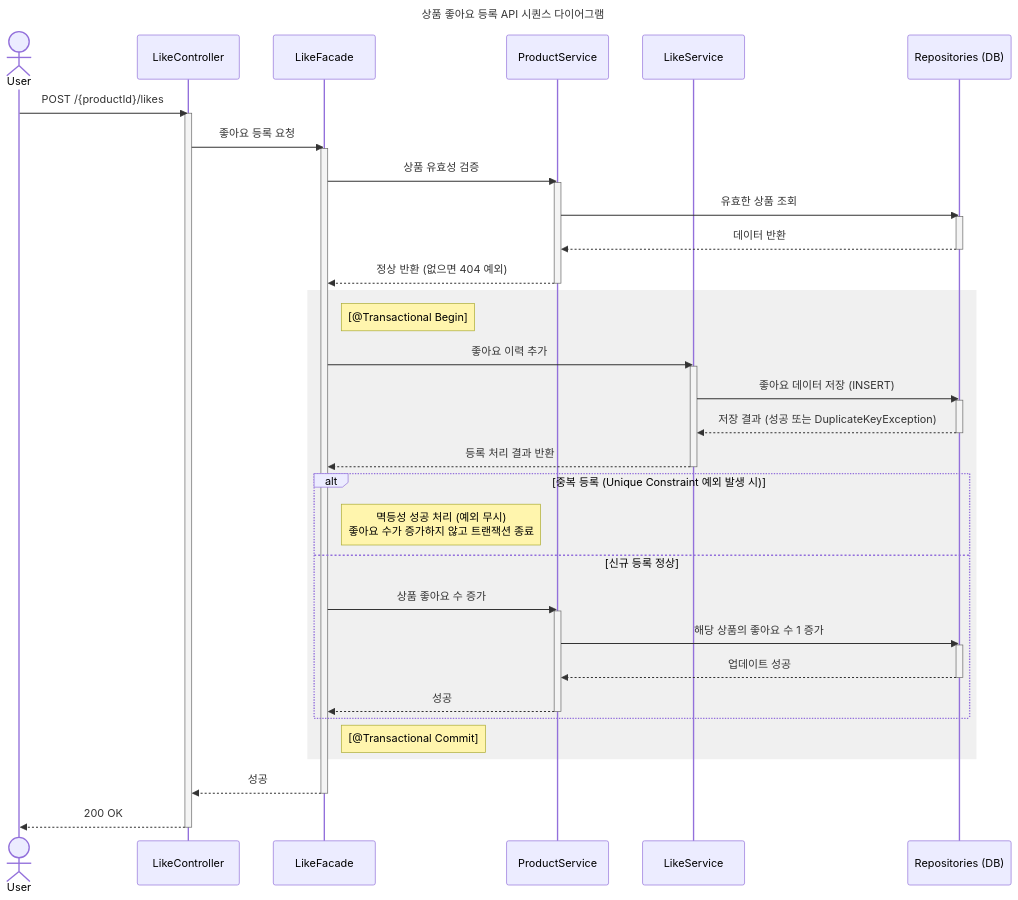
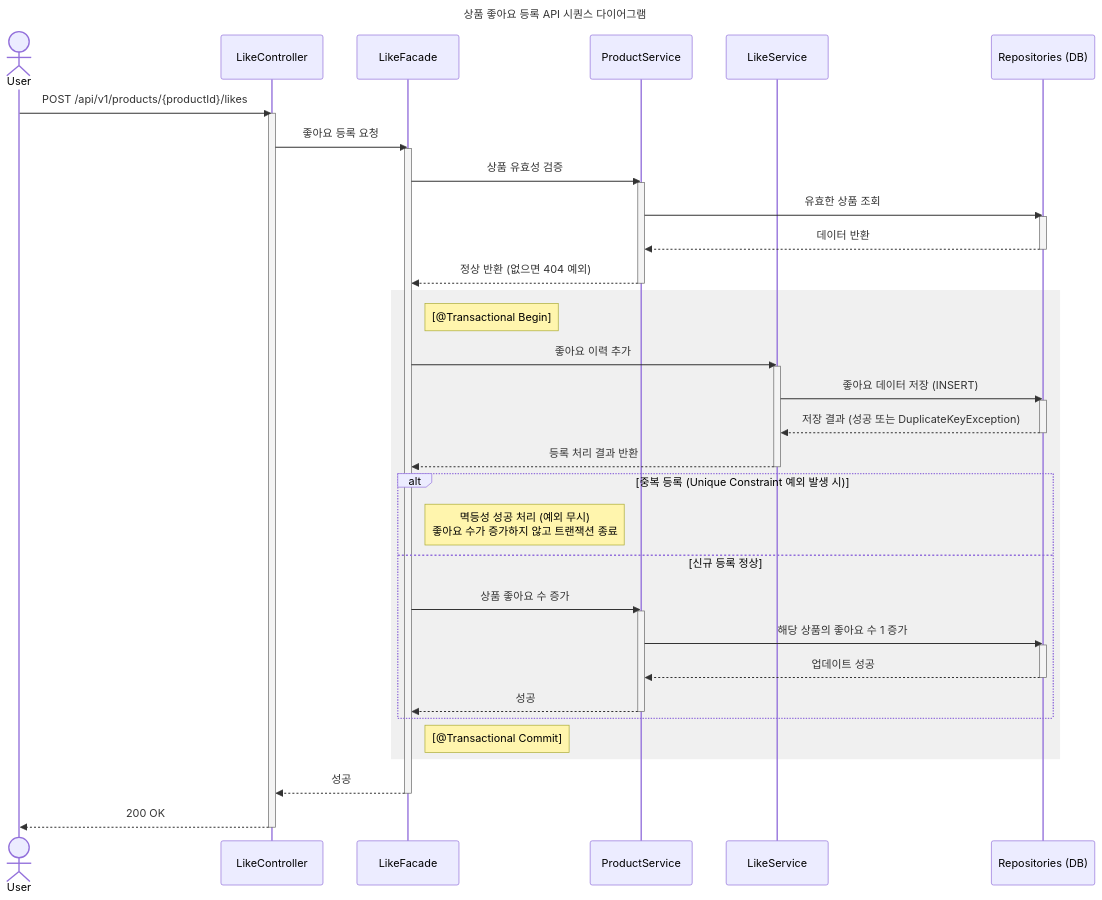
Before and after one commit to loopers-labs/loop-pack-be-l2-vol4-java: the second of 4 diagrams in docs/week2/02-sequence-diagrams.md, drawn with Mermaid. The commit also changed other lines of this file, not shown here.

Commit message:
docs: API 경로 불일치 수정

````diff
--- a/docs/week2/02-sequence-diagrams.md
+++ b/docs/week2/02-sequence-diagrams.md
@@ -81,58 +81,58 @@
 ```mermaid
 sequenceDiagram
     title 상품 좋아요 등록 API 시퀀스 다이어그램
     actor User
     participant Controller as LikeController
     participant Facade as LikeFacade
     participant ProductSvc as ProductService
     participant LikeSvc as LikeService
     participant Repo as Repositories (DB)
 
-    User->>Controller: POST /{productId}/likes
+    User->>Controller: POST /api/v1/products/{productId}/likes
     activate Controller
 
     Controller->>Facade: 좋아요 등록 요청
     activate Facade
 
     Facade->>ProductSvc: 상품 유효성 검증
     activate ProductSvc
     ProductSvc->>Repo: 유효한 상품 조회
     activate Repo
     Repo-->>ProductSvc: 데이터 반환
     deactivate Repo
     ProductSvc-->>Facade: 정상 반환 (없으면 404 예외)
     deactivate ProductSvc
 
     rect rgb(240, 240, 240)
         Note right of Facade: [@Transactional Begin]
 
         Facade->>LikeSvc: 좋아요 이력 추가
         activate LikeSvc
         LikeSvc->>Repo: 좋아요 데이터 저장 (INSERT)
         activate Repo
         Repo-->>LikeSvc: 저장 결과 (성공 또는 DuplicateKeyException)
         deactivate Repo
         LikeSvc-->>Facade: 등록 처리 결과 반환
         deactivate LikeSvc
 
         alt 중복 등록 (Unique Constraint 예외 발생 시)
             Note right of Facade: 멱등성 성공 처리 (예외 무시)<br/>좋아요 수가 증가하지 않고 트랜잭션 종료
         else 신규 등록 정상
             Facade->>ProductSvc: 상품 좋아요 수 증가
             activate ProductSvc
             ProductSvc->>Repo: 해당 상품의 좋아요 수 1 증가
             activate Repo
             Repo-->>ProductSvc: 업데이트 성공
             deactivate Repo
             ProductSvc-->>Facade: 성공
             deactivate ProductSvc
         end
         Note right of Facade: [@Transactional Commit]
     end
 
     Facade-->>Controller: 성공
     deactivate Facade
 
     Controller-->>User: 200 OK
     deactivate Controller
 ```
````
